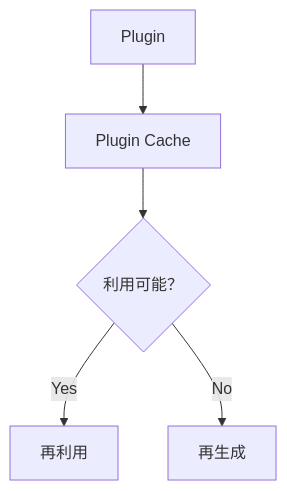
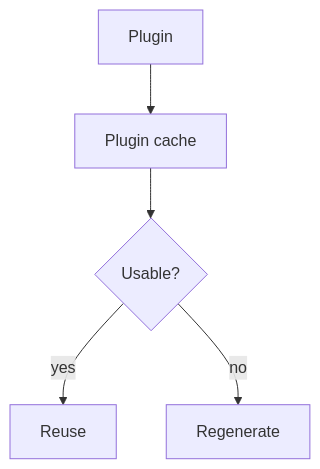
Diagram 11 of 13 in docs/docs/reference/plugin-api.md (Rerurate514/riebeckite), drawn with Mermaid before and after one commit. The commit also changed other lines of this file and 604 other files, not shown here.

````diff
--- a/docs/docs/reference/plugin-api.md
+++ b/docs/docs/reference/plugin-api.md
@@ -859,12 +705,12 @@
 ```mermaid
 flowchart TD
     Plugin["Plugin"]
-    Cache["Plugin Cache"]
-    Valid{"利用可能？"}
+    Cache["Plugin cache"]
+    Valid{"Usable?"}
 
     Plugin --> Cache
     Cache --> Valid
 
-    Valid -->|Yes| Reuse["再利用"]
-    Valid -->|No| Generate["再生成"]
+    Valid -->|"yes"| Reuse["Reuse"]
+    Valid -->|"no"| Generate["Regenerate"]
 ```
````
